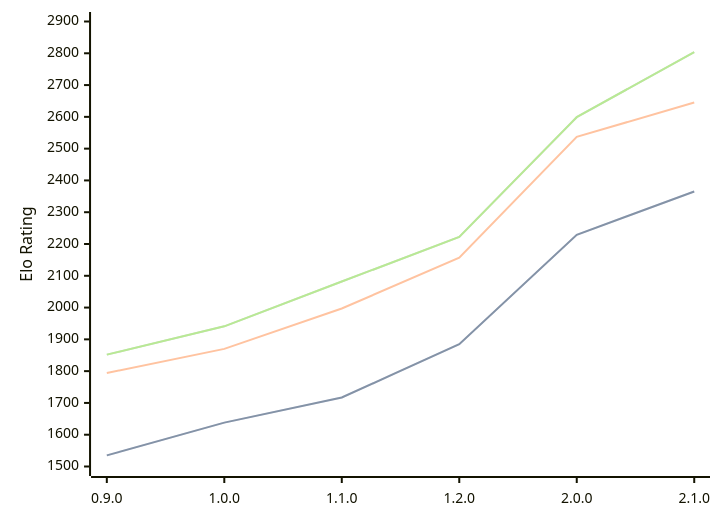
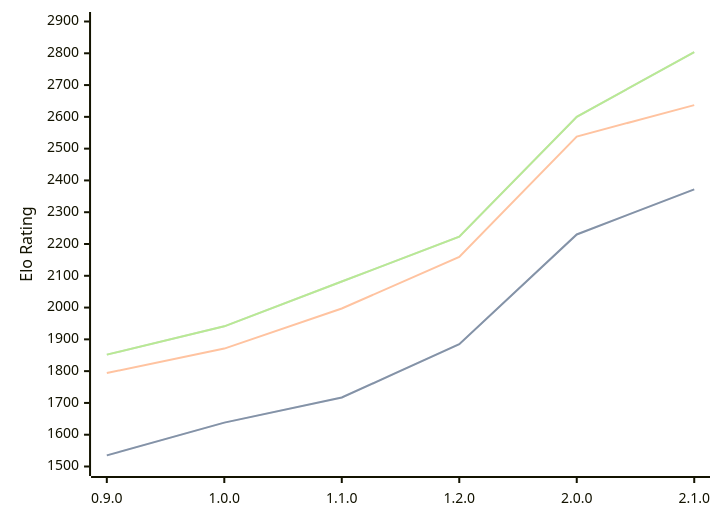
The diagram in engines/Ratsu.md (computer-chess-index/cci), drawn with Mermaid before and after one commit. The commit also changed other lines of this file, not shown here.

Commit message:
Update CCI Ratings (ELO VLTC) - 2026-07-23

````diff
--- a/engines/Ratsu.md
+++ b/engines/Ratsu.md
@@ -36,11 +36,11 @@
 ```mermaid
 %%{init: {"theme":"base","themeVariables":{"seriesColors:['#a3a3a3','#222221','#faa371']}}}%%
 xychart-beta
   x-axis ["0.9.0", "1.0.0", "1.1.0", "1.2.0", "2.0.0", "2.1.0"]
   y-axis "Elo Rating" 1500 --> 2900
-  line "STC (8.0+0.08s)" [1535, 1638, 1717, 1885, 2229, 2365]
-  line "STC (8.0+0.08s)" [1535, 1638, 1717, 1885, 2229, 2365]
-  line "LTC (60.0+0.60s)" [1794, 1870, 1997, 2157, 2537, 2645]
-  line "VLTC (2m24s+1.12s)" [1852, 1941, 2082, 2222, 2599, 2804]
-  line "VLTC (2m24s+1.12s)" [1852, 1941, 2082, 2222, 2599, 2804]
+  line "STC (8.0+0.08s)" [1535, 1638, 1717, 1885, 2230, 2372]
+  line "STC (8.0+0.08s)" [1535, 1638, 1717, 1885, 2230, 2372]
+  line "LTC (60.0+0.60s)" [1794, 1871, 1997, 2159, 2538, 2637]
+  line "VLTC (2m24s+1.12s)" [1852, 1941, 2082, 2223, 2600, 2804]
+  line "VLTC (2m24s+1.12s)" [1852, 1941, 2082, 2223, 2600, 2804]
 ```
````
